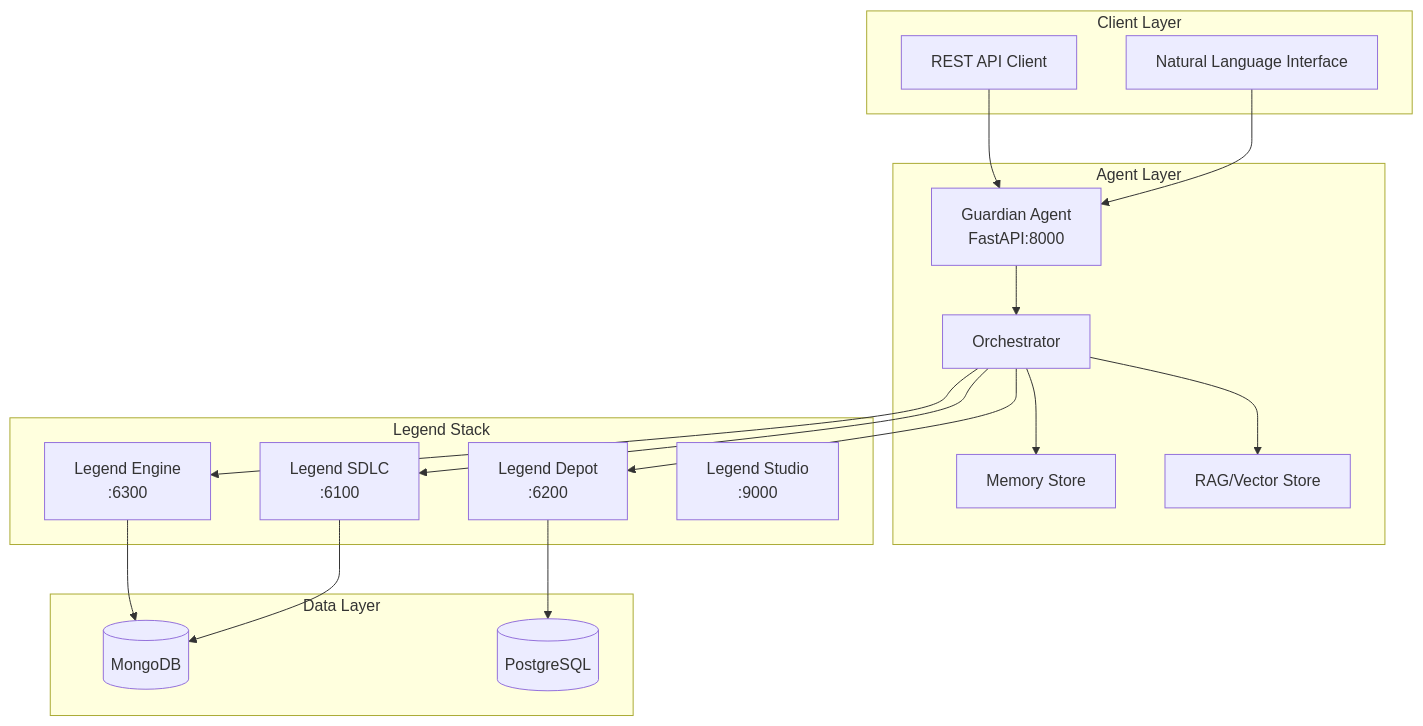
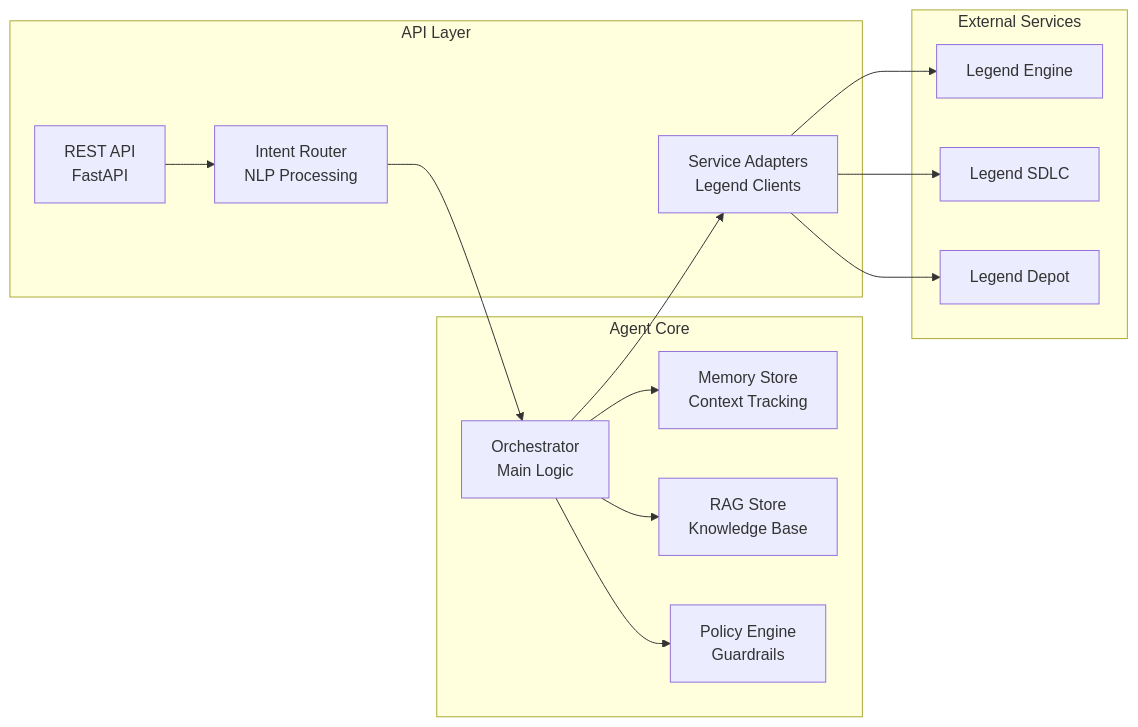
Before and after one commit to atheryon-ai/legend-guardian-workspace: the diagram in legend-guardian-agent/README.md, drawn with Mermaid. The commit also changed other lines of this file and 17 other files, not shown here.

````diff
--- a/legend-guardian-agent/README.md
+++ b/legend-guardian-agent/README.md
@@ -7,38 +9,31 @@
 ```mermaid
-graph TB
-    subgraph "Client Layer"
-        API[REST API Client]
-        NL[Natural Language Interface]
+graph LR
+    subgraph "Agent Core"
+        ORCH[Orchestrator<br/>Main Logic]
+        MEM[Memory Store<br/>Context Tracking]
+        RAG[RAG Store<br/>Knowledge Base]
+        POL[Policy Engine<br/>Guardrails]
     end
-    
-    subgraph "Agent Layer"
-        AGENT[Guardian Agent<br/>FastAPI:8000]
-        ORCH[Orchestrator]
-        MEM[Memory Store]
-        RAG[RAG/Vector Store]
+  
+    subgraph "API Layer"
+        REST[REST API<br/>FastAPI]
+        INTENT[Intent Router<br/>NLP Processing]
+        ADAPT[Service Adapters<br/>Legend Clients]
     end
-    
-    subgraph "Legend Stack"
-        ENGINE[Legend Engine<br/>:6300]
-        SDLC[Legend SDLC<br/>:6100]
-        DEPOT[Legend Depot<br/>:6200]
-        STUDIO[Legend Studio<br/>:9000]
+  
+    subgraph "External Services"
+        ENG[Legend Engine]
+        SDLC[Legend SDLC]
+        DEPOT[Legend Depot]
     end
-    
-    subgraph "Data Layer"
-        MONGO[(MongoDB)]
-        POSTGRES[(PostgreSQL)]
-    end
-    
-    API --> AGENT
-    NL --> AGENT
-    AGENT --> ORCH
+  
+    REST --> INTENT
+    INTENT --> ORCH
     ORCH --> MEM
     ORCH --> RAG
-    ORCH --> ENGINE
-    ORCH --> SDLC
-    ORCH --> DEPOT
-    ENGINE --> MONGO
-    SDLC --> MONGO
-    DEPOT --> POSTGRES
+    ORCH --> POL
+    ORCH --> ADAPT
+    ADAPT --> ENG
+    ADAPT --> SDLC
+    ADAPT --> DEPOT
 ```
````
